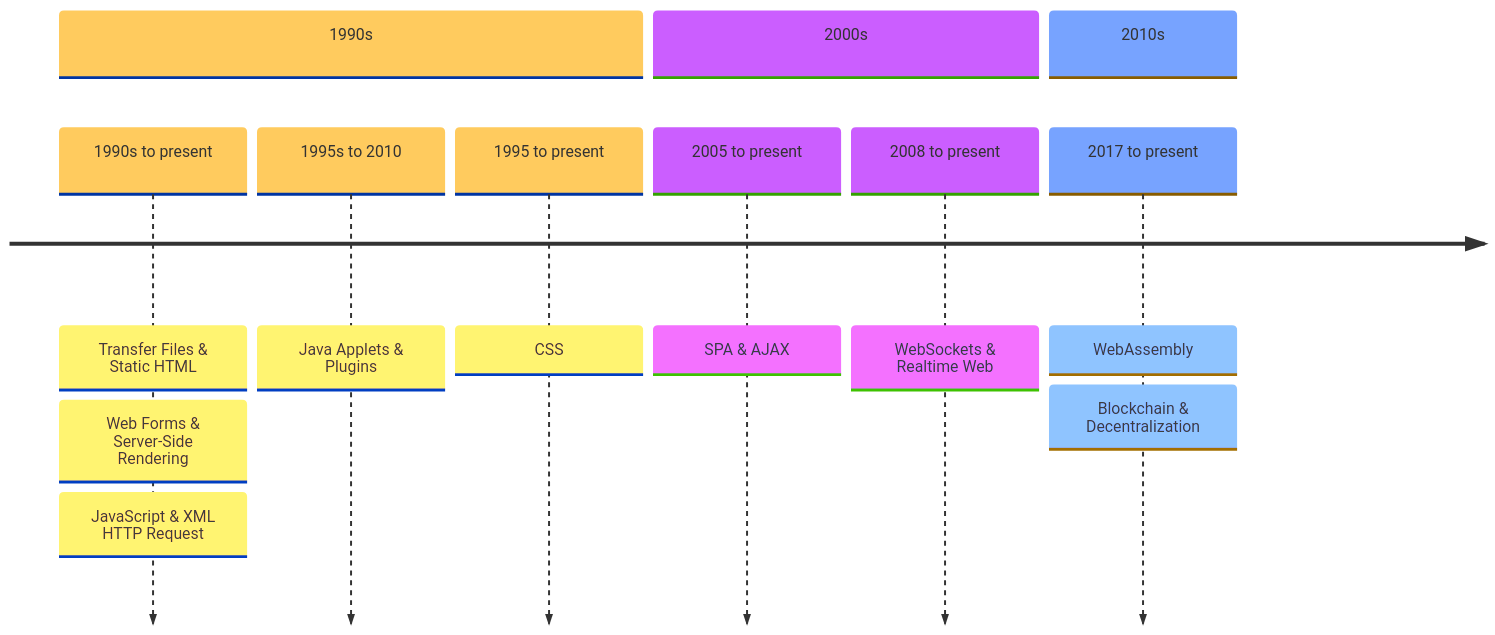
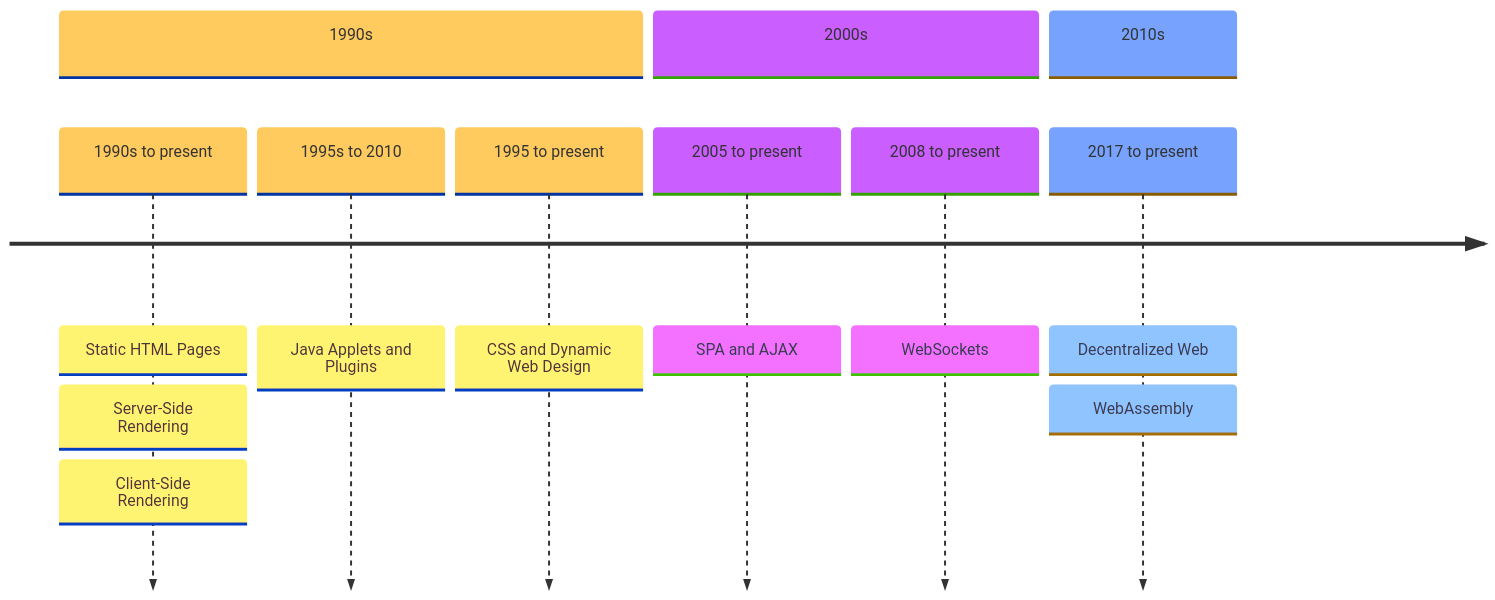
The second of 5 diagrams in _posts/2024/2024-01-12-the-evolution-of-the-web-from-html-to-webassembly.md (cesarsotovalero/cesarsotovalero.github.io), drawn with Mermaid before and after one commit. The commit also changed other lines of this file and 1 other file, not shown here.

````diff
--- a/_posts/2024/2024-01-12-the-evolution-of-the-web-from-html-to-webassembly.md
+++ b/_posts/2024/2024-01-12-the-evolution-of-the-web-from-html-to-webassembly.md
@@ -147,16 +155,16 @@
 ```mermaid
 %%{init: {'theme':'base'}}%%
 timeline
   section 1990s
-    1990s to present: Transfer Files & Static HTML
-                    : Web Forms & Server-Side Rendering
-                    : JavaScript & XML HTTP Request
-    1995s to 2010: Java Applets & Plugins
-    1995 to present: CSS
+    1990s to present: Static HTML Pages
+                    : Server-Side Rendering
+                    : Client-Side Rendering
+    1995s to 2010: Java Applets and Plugins
+    1995 to present: CSS and Dynamic Web Design
   section 2000s
-    2005 to present: SPA & AJAX
-    2008 to present: WebSockets & Realtime Web
+    2005 to present: SPA and AJAX
+    2008 to present: WebSockets
   section 2010s
-    2017 to present: WebAssembly
-                   : Blockchain & Decentralization    
+    2017 to present: Decentralized Web
+                   : WebAssembly    
 ```
````
